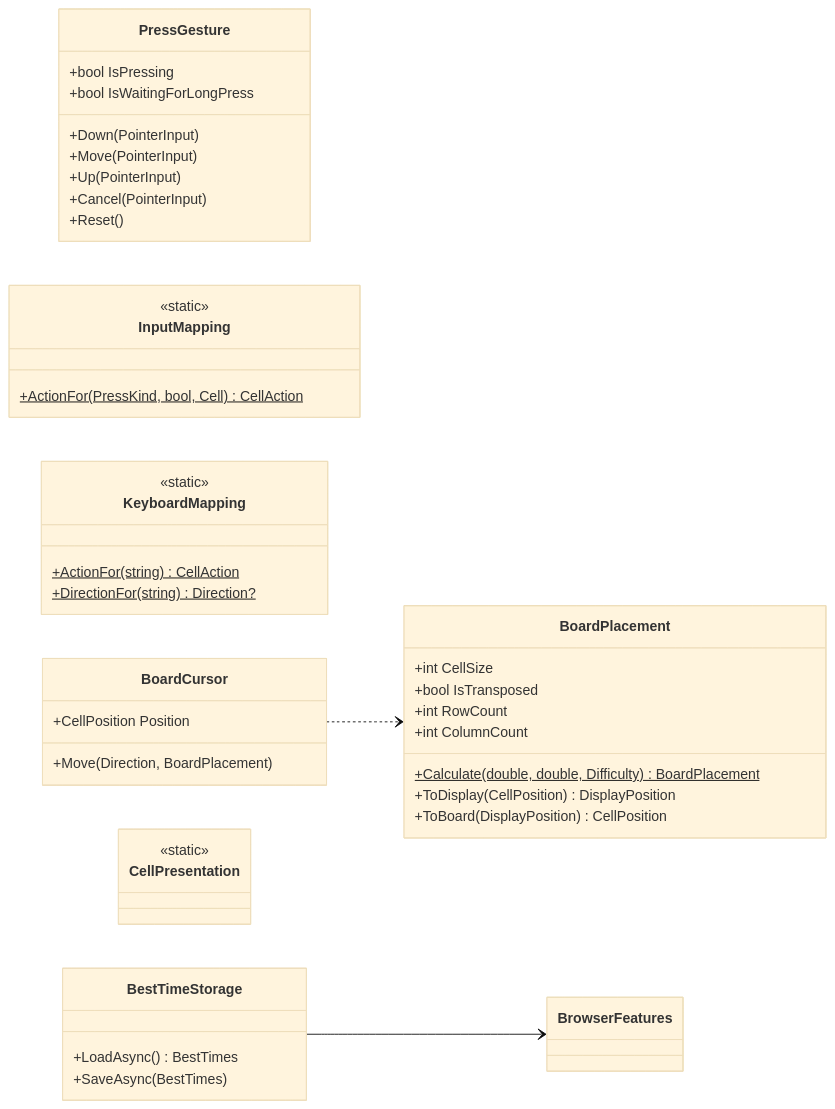
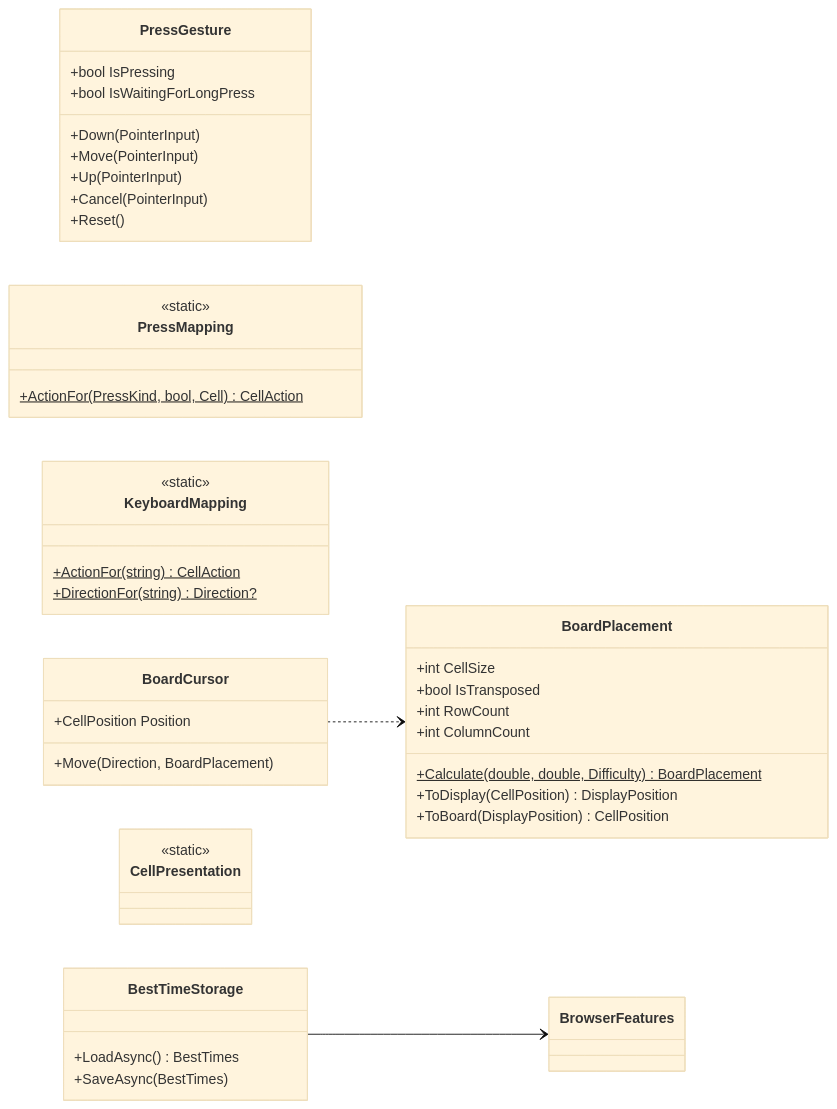
Before and after one commit to Fujiwo/Shos.Minesweeper: the second of 3 diagrams in docs/05-class-design.md, drawn with Mermaid (base theme). The commit also changed other lines of this file and 11 other files, not shown here.

First line of the commit message:
Refactor InputMapping to PressMapping and move BestTimesJson to GameLogic

````diff
--- a/docs/05-class-design.md
+++ b/docs/05-class-design.md
@@ -411,45 +411,45 @@
 ```mermaid
 classDiagram
     direction LR
     class PressGesture {
         +bool IsPressing
         +bool IsWaitingForLongPress
         +Down(PointerInput)
         +Move(PointerInput)
         +Up(PointerInput)
         +Cancel(PointerInput)
         +Reset()
     }
-    class InputMapping {
+    class PressMapping {
         <<static>>
         +ActionFor(PressKind, bool, Cell)$ CellAction
     }
     class KeyboardMapping {
         <<static>>
         +ActionFor(string)$ CellAction
         +DirectionFor(string)$ Direction?
     }
     class BoardCursor {
         +CellPosition Position
         +Move(Direction, BoardPlacement)
     }
     class BoardPlacement {
         +int CellSize
         +bool IsTransposed
         +int RowCount
         +int ColumnCount
         +Calculate(double, double, Difficulty)$ BoardPlacement
         +ToDisplay(CellPosition) DisplayPosition
         +ToBoard(DisplayPosition) CellPosition
     }
     class CellPresentation {
         <<static>>
     }
     class BrowserFeatures
     class BestTimeStorage {
         +LoadAsync() BestTimes
         +SaveAsync(BestTimes)
     }
     BoardCursor ..> BoardPlacement
     BestTimeStorage --> BrowserFeatures
 ```
````
